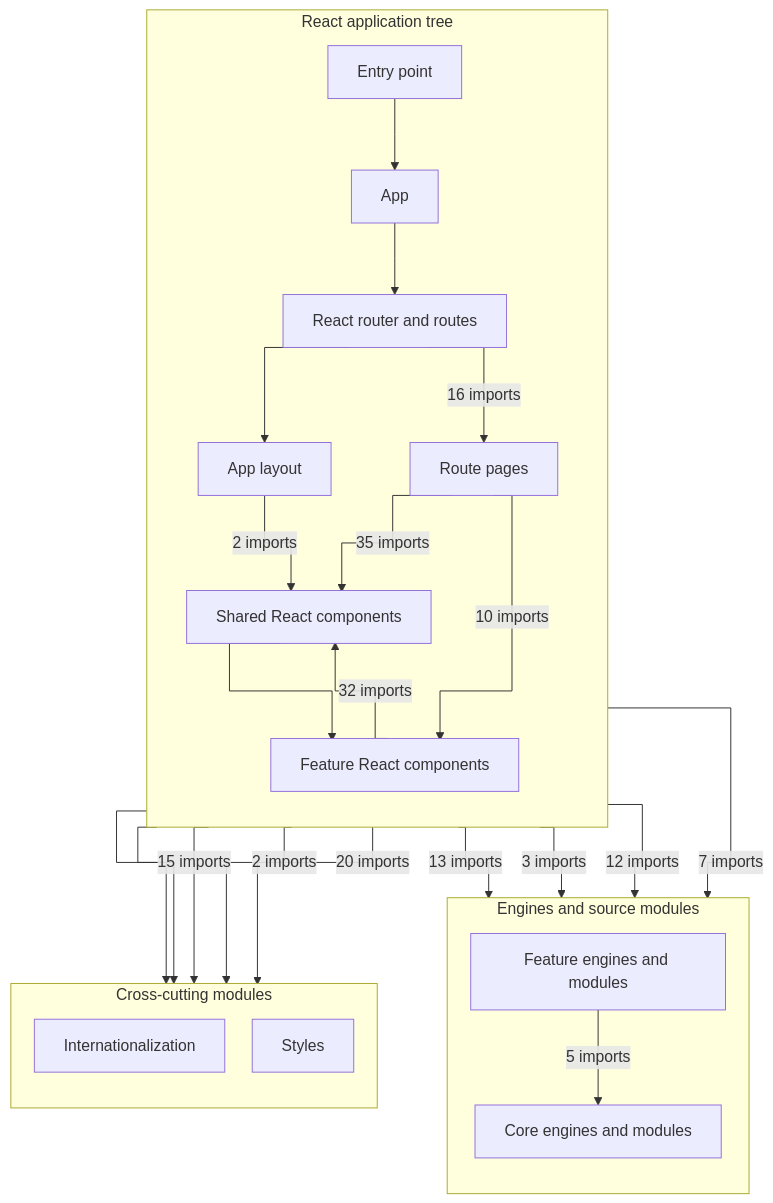
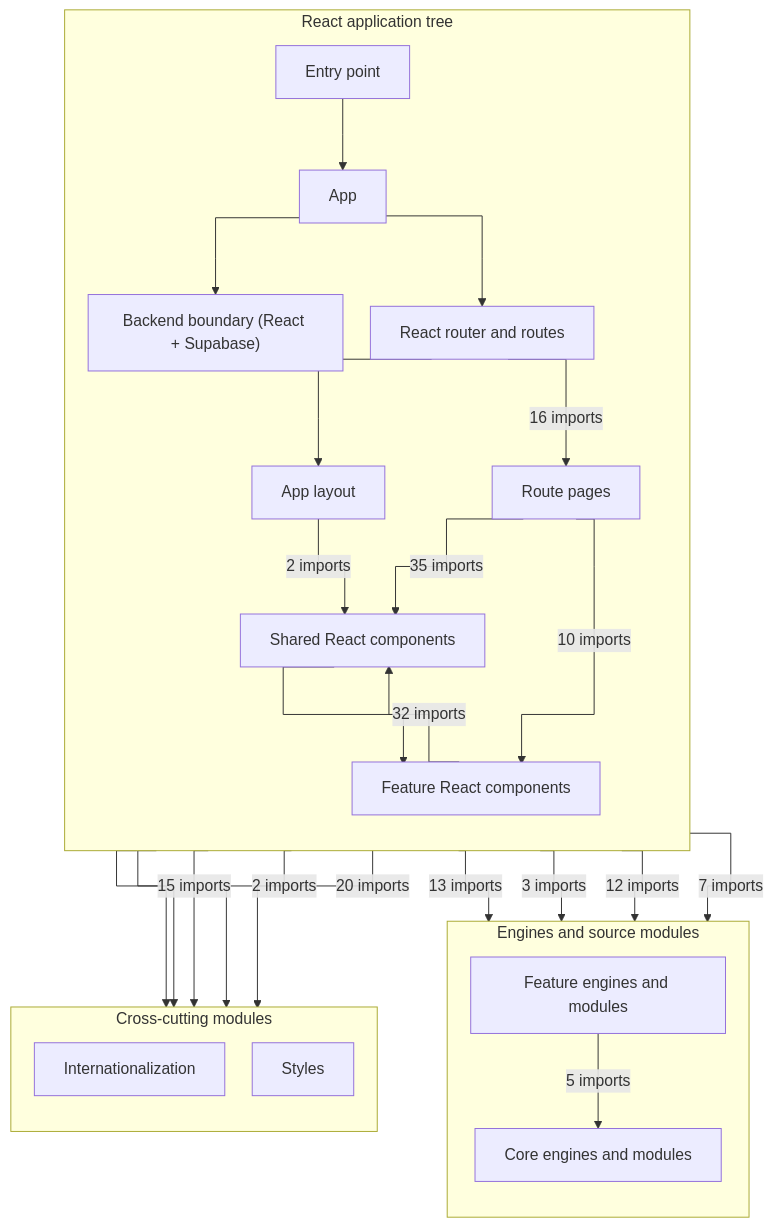
The first of 9 diagrams in docs/dependency-graph.md (temsahak-rgb/Dino-5monde), drawn with Mermaid before and after one commit. The commit also changed other lines of this file, not shown here.

Commit message:
docs: update dependency graph [skip ci]

````diff
--- a/docs/dependency-graph.md
+++ b/docs/dependency-graph.md
@@ -12,43 +12,45 @@
 ```mermaid
 %%{init: {"flowchart": {"curve": "stepAfter", "nodeSpacing": 28, "rankSpacing": 48}}}%%
 flowchart TB
     subgraph R["React application tree"]
         direction TB
         G0["Entry point"]
         G1["App"]
-        G2["React router and routes"]
-        G3["App layout"]
-        G4["Route pages"]
-        G5["Shared React components"]
-        G6["Feature React components"]
+        G2["Backend boundary (React + Supabase)"]
+        G3["React router and routes"]
+        G4["App layout"]
+        G5["Route pages"]
+        G6["Shared React components"]
+        G7["Feature React components"]
     end
     subgraph L["Engines and source modules"]
         direction TB
-        G7["Feature engines and modules"]
-        G8["Core engines and modules"]
+        G8["Feature engines and modules"]
+        G9["Core engines and modules"]
     end
     subgraph C["Cross-cutting modules"]
         direction TB
-        G9["Internationalization"]
-        G11["Styles"]
+        G10["Internationalization"]
+        G12["Styles"]
     end
     G0 --> G1
-    G0 --> G11
+    G0 --> G12
     G1 --> G2
-    G1 --> G9
-    G2 --> G3
-    G2 -->|16 imports| G4
-    G3 -->|2 imports| G5
-    G4 -->|35 imports| G5
-    G4 -->|10 imports| G6
-    G4 -->|13 imports| G7
-    G4 -->|3 imports| G8
-    G4 -->|15 imports| G9
-    G5 --> G6
-    G5 -->|2 imports| G9
-    G6 -->|32 imports| G5
-    G6 -->|12 imports| G7
-    G6 -->|7 imports| G8
-    G6 -->|20 imports| G9
-    G7 -->|5 imports| G8
+    G1 --> G3
+    G1 --> G10
+    G3 --> G4
+    G3 -->|16 imports| G5
+    G4 -->|2 imports| G6
+    G5 -->|35 imports| G6
+    G5 -->|10 imports| G7
+    G5 -->|13 imports| G8
+    G5 -->|3 imports| G9
+    G5 -->|15 imports| G10
+    G6 --> G7
+    G6 -->|2 imports| G10
+    G7 -->|32 imports| G6
+    G7 -->|12 imports| G8
+    G7 -->|7 imports| G9
+    G7 -->|20 imports| G10
+    G8 -->|5 imports| G9
 ```
````
